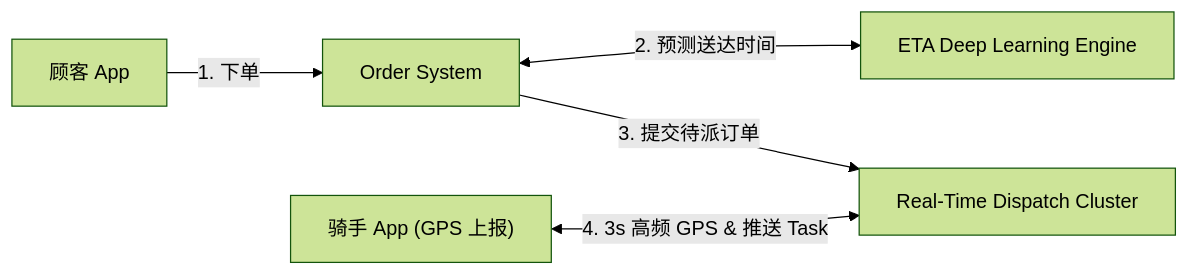
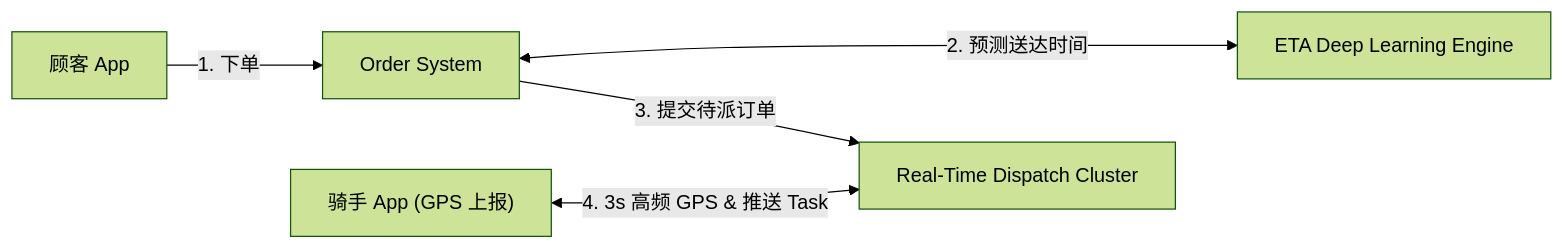
One commit to koosai/AI-Architect-Learning changed the third of 6 diagrams in docs/atlas/meituan-doordash.mdx. Above: the diagram before and after it, drawn with Mermaid (forest theme). The commit also changed other lines of this file and 68 other files, not shown here.

Commit message:
fix(atlas): fix browser client-side Mermaid rendering for mindmaps and flowcharts across 67 case studies

````diff
--- a/docs/atlas/meituan-doordash.mdx
+++ b/docs/atlas/meituan-doordash.mdx
@@ -108,7 +108,7 @@
 ```mermaid
 graph LR
   Customer["顾客 App"] -->|1. 下单| OrderSystem["Order System"]
-  OrderSystem <-->|2. 预测送达时间| ETAEngine["ETA Deep Learning Engine"]
+  OrderSystem <--->|2. 预测送达时间| ETAEngine["ETA Deep Learning Engine"]
   OrderSystem -->|3. 提交待派订单| DispatchCluster["Real-Time Dispatch Cluster"]
   Rider["骑手 App (GPS 上报)"] <-->|4. 3s 高频 GPS & 推送 Task| DispatchCluster
 ```
````
